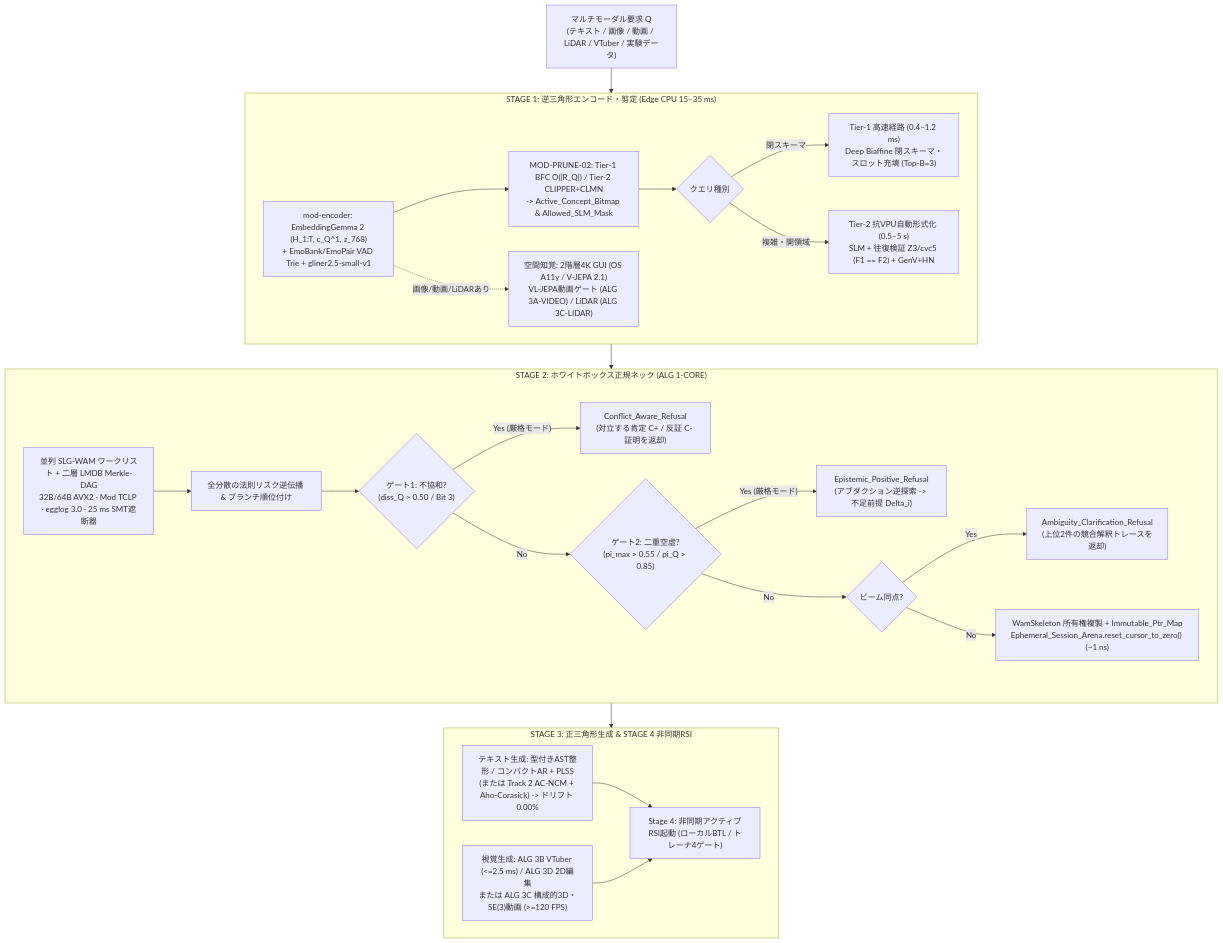
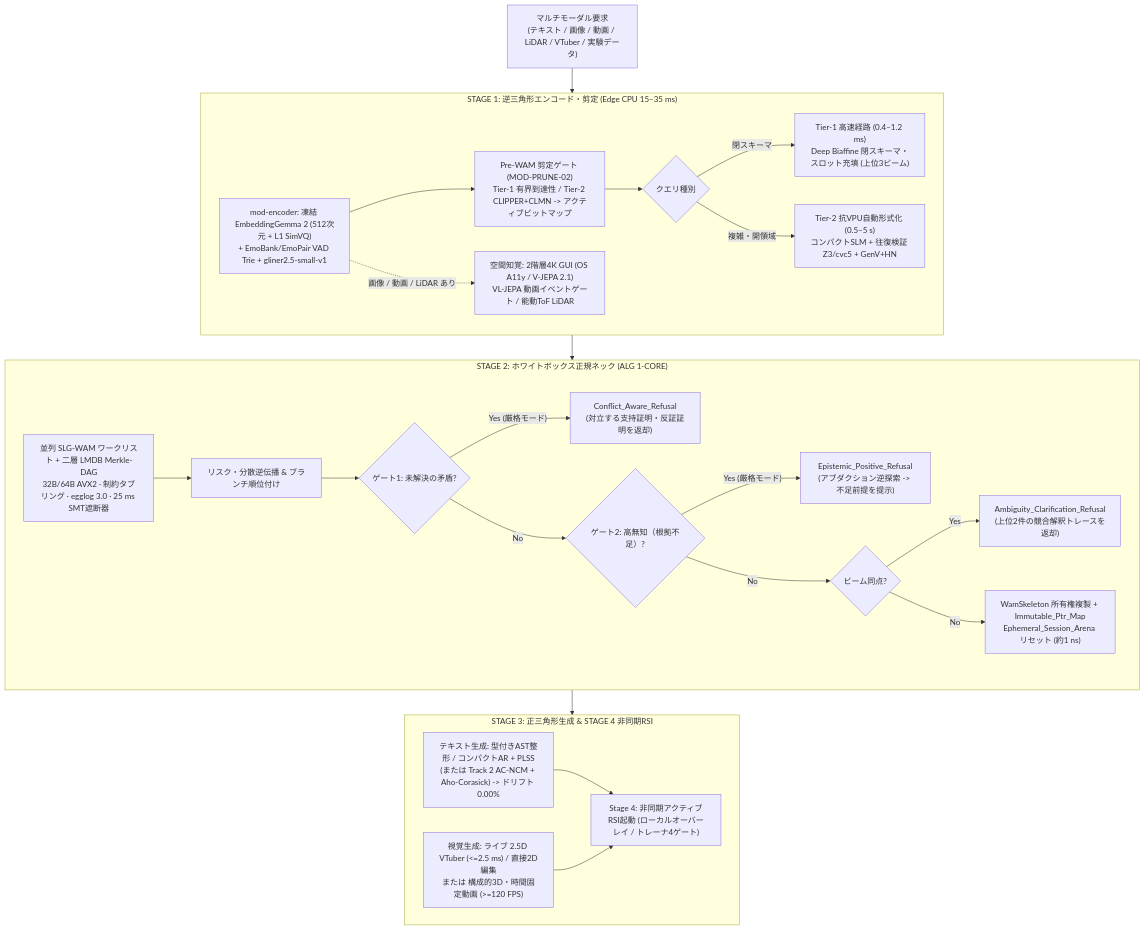
Before and after one commit to vuhoangquanhoctap-glitch/Takuma-1-Trinity: the sixth of 16 diagrams in README.md, drawn with Mermaid. The commit also changed other lines of this file, not shown here.

````diff
--- a/README.md
+++ b/README.md
@@ -446,49 +458,49 @@
 ```mermaid
 flowchart TD
-    REQ["マルチモーダル要求 Q<br/>(テキスト / 画像 / 動画 / LiDAR / VTuber / 実験データ)"] --> ST1
+    REQ["マルチモーダル要求<br/>(テキスト / 画像 / 動画 / LiDAR / VTuber / 実験データ)"] --> ST1
 
     subgraph ST1["STAGE 1: 逆三角形エンコード・剪定 (Edge CPU 15–35 ms)"]
-        E1["mod-encoder: EmbeddingGemma 2 (H_1:T, c_Q^1, z_768)<br/>+ EmoBank/EmoPair VAD Trie + gliner2.5-small-v1"]
-        E2["MOD-PRUNE-02: Tier-1 BFC O(|R_Q|) / Tier-2 CLIPPER+CLMN<br/>-> Active_Concept_Bitmap & Allowed_SLM_Mask"]
+        E1["mod-encoder: 凍結 EmbeddingGemma 2 (512次元 + L1 SimVQ)<br/>+ EmoBank/EmoPair VAD Trie + gliner2.5-small-v1"]
+        E2["Pre-WAM 剪定ゲート (MOD-PRUNE-02)<br/>Tier-1 有界到達性 / Tier-2 CLIPPER+CLMN -> アクティブビットマップ"]
         E3{"クエリ種別"}
-        E4["Tier-1 高速経路 (0.4–1.2 ms)<br/>Deep Biaffine 閉スキーマ・スロット充填 (Top-B=3)"]
-        E5["Tier-2 抗VPU自動形式化 (0.5–5 s)<br/>SLM + 往復検証 Z3/cvc5 (F1 == F2) + GenV+HN"]
-        E6["空間知覚: 2階層4K GUI (OS A11y / V-JEPA 2.1)<br/>VL-JEPA動画ゲート (ALG 3A-VIDEO) / LiDAR (ALG 3C-LIDAR)"]
+        E4["Tier-1 高速経路 (0.4–1.2 ms)<br/>Deep Biaffine 閉スキーマ・スロット充填 (上位3ビーム)"]
+        E5["Tier-2 抗VPU自動形式化 (0.5–5 s)<br/>コンパクトSLM + 往復検証 Z3/cvc5 + GenV+HN"]
+        E6["空間知覚: 2階層4K GUI (OS A11y / V-JEPA 2.1)<br/>VL-JEPA 動画イベントゲート / 能動ToF LiDAR"]
         E1 --> E2 --> E3
         E3 -- "閉スキーマ" --> E4
         E3 -- "複雑・開領域" --> E5
-        E1 -. "画像/動画/LiDARあり" .-> E6
+        E1 -. "画像 / 動画 / LiDAR あり" .-> E6
     end
 
     ST1 --> ST2
 
     subgraph ST2["STAGE 2: ホワイトボックス正規ネック (ALG 1-CORE)"]
-        W1["並列 SLG-WAM ワークリスト + 二層 LMDB Merkle-DAG<br/>32B/64B AVX2 · Mod TCLP · egglog 3.0 · 25 ms SMT遮断器"]
-        W2["全分散の法則リスク逆伝播 & ブランチ順位付け"]
-        G1{"ゲート1: 不協和?<br/>(diss_Q > 0.50 / Bit 3)"}
-        G2{"ゲート2: 二重空虚?<br/>(pi_max > 0.55 / pi_Q > 0.85)"}
+        W1["並列 SLG-WAM ワークリスト + 二層 LMDB Merkle-DAG<br/>32B/64B AVX2 · 制約タブリング · egglog 3.0 · 25 ms SMT遮断器"]
+        W2["リスク・分散逆伝播 & ブランチ順位付け"]
+        G1{"ゲート1: 未解決の矛盾?"}
+        G2{"ゲート2: 高無知（根拠不足）?"}
         G3{"ビーム同点?"}
-        R1["Conflict_Aware_Refusal<br/>(対立する肯定 C+ / 反証 C- 証明を返却)"]
-        R2["Epistemic_Positive_Refusal<br/>(アブダクション逆探索 -> 不足前提 Delta_i)"]
+        R1["Conflict_Aware_Refusal<br/>(対立する支持証明・反証証明を返却)"]
+        R2["Epistemic_Positive_Refusal<br/>(アブダクション逆探索 -> 不足前提を提示)"]
         R3["Ambiguity_Clarification_Refusal<br/>(上位2件の競合解釈トレースを返却)"]
-        SKEL["WamSkeleton 所有権複製 + Immutable_Ptr_Map<br/>Ephemeral_Session_Arena.reset_cursor_to_zero() (~1 ns)"]
+        SKEL["WamSkeleton 所有権複製 + Immutable_Ptr_Map<br/>Ephemeral_Session_Arena リセット (約1 ns)"]
 
         W1 --> W2 --> G1
         G1 -- "Yes (厳格モード)" --> R1
         G1 -- "No" --> G2
         G2 -- "Yes (厳格モード)" --> R2
         G2 -- "No" --> G3
         G3 -- "Yes" --> R3
         G3 -- "No" --> SKEL
     end
 
     ST2 --> ST3
 
     subgraph ST3["STAGE 3: 正三角形生成 & STAGE 4 非同期RSI"]
         T1["テキスト生成: 型付きAST整形 / コンパクトAR + PLSS<br/>(または Track 2 AC-NCM + Aho-Corasick) -> ドリフト 0.00%"]
-        V1["視覚生成: ALG 3B VTuber (<=2.5 ms) / ALG 3D 2D編集<br/>または ALG 3C 構成的3D・SE(3)動画 (>=120 FPS)"]
-        RSI["Stage 4: 非同期アクティブRSI起動 (ローカルBTL / トレーナ4ゲート)"]
+        V1["視覚生成: ライブ 2.5D VTuber (<=2.5 ms) / 直接2D編集<br/>または 構成的3D・時間固定動画 (>=120 FPS)"]
+        RSI["Stage 4: 非同期アクティブRSI起動 (ローカルオーバーレイ / トレーナ4ゲート)"]
         T1 --> RSI
         V1 --> RSI
     end
 ```
````
